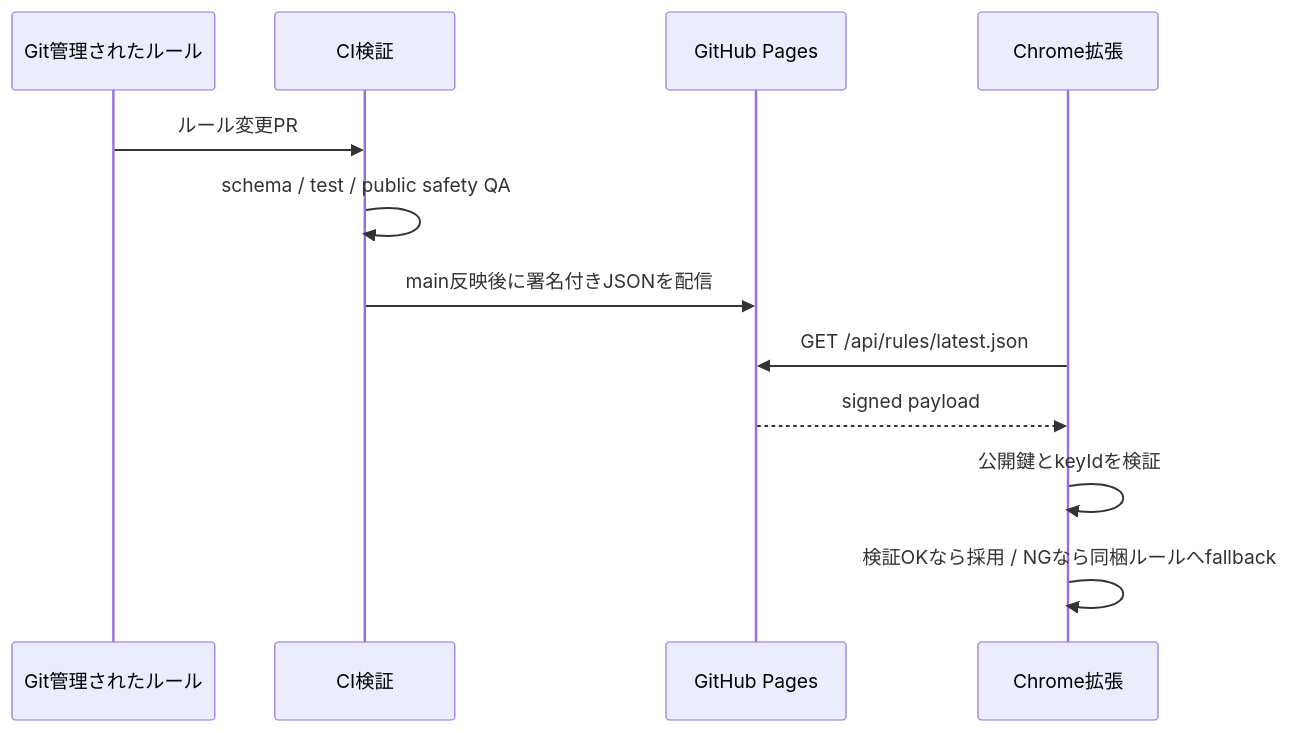
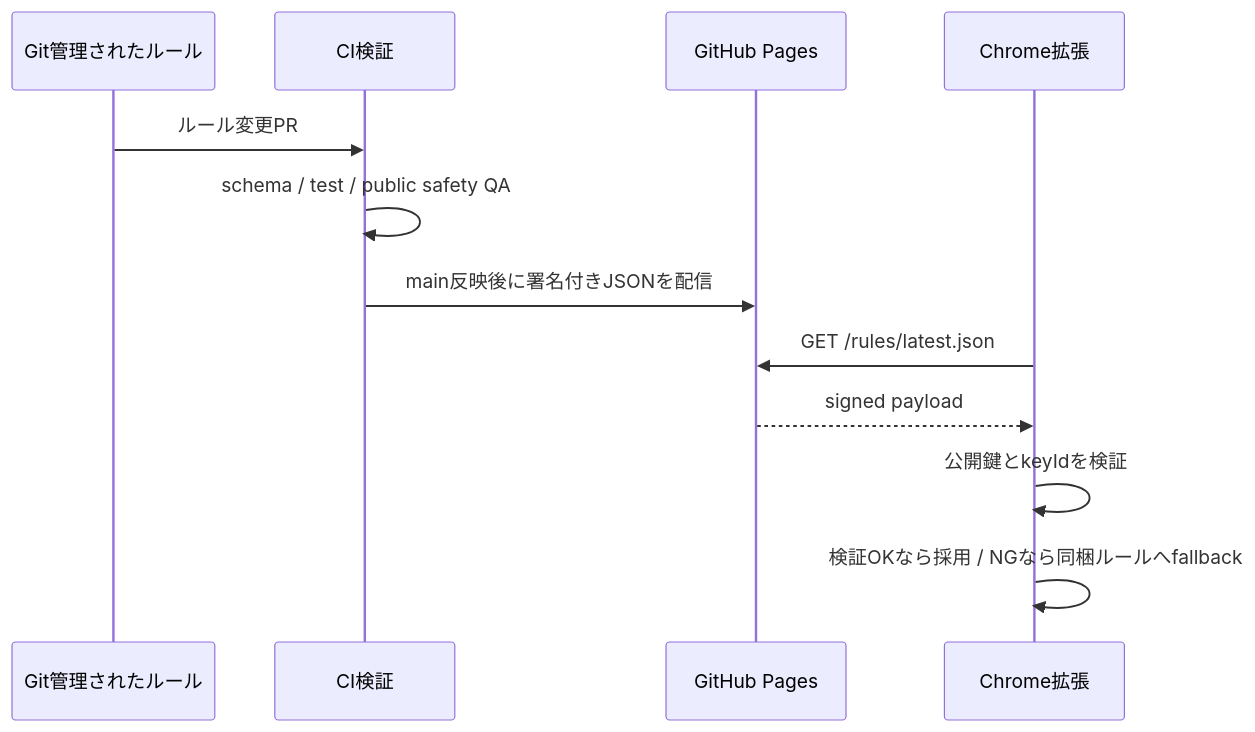
One commit to shunya-mabuchi/ai-mae-check changed the second of 2 diagrams in docs/portfolio-case-study.md. Above: the diagram before and after it, drawn with Mermaid. The commit also changed other lines of this file and 26 other files, not shown here.

````diff
--- a/docs/portfolio-case-study.md
+++ b/docs/portfolio-case-study.md
@@ -78,15 +78,15 @@
 ```mermaid
 sequenceDiagram
   participant Repo as Git管理されたルール
   participant CI as CI検証
   participant Pages as GitHub Pages
   participant Extension as Chrome拡張
 
   Repo->>CI: ルール変更PR
   CI->>CI: schema / test / public safety QA
   CI->>Pages: main反映後に署名付きJSONを配信
-  Extension->>Pages: GET /api/rules/latest.json
+  Extension->>Pages: GET /rules/latest.json
   Pages-->>Extension: signed payload
   Extension->>Extension: 公開鍵とkeyIdを検証
   Extension->>Extension: 検証OKなら採用 / NGなら同梱ルールへfallback
 ```
````
